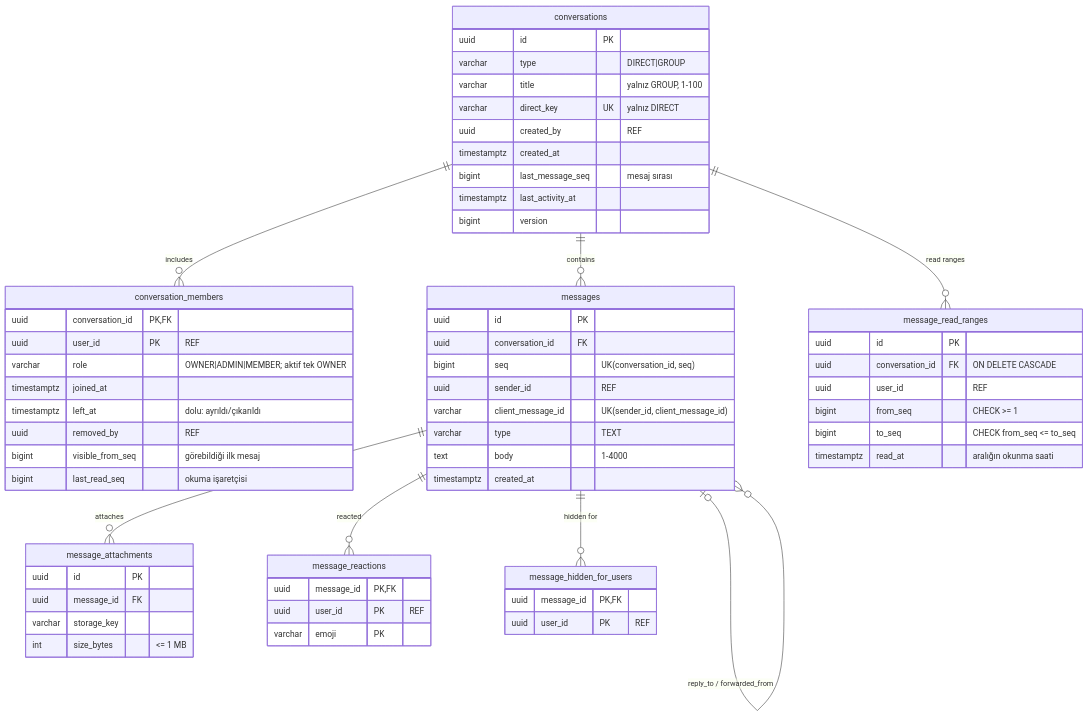
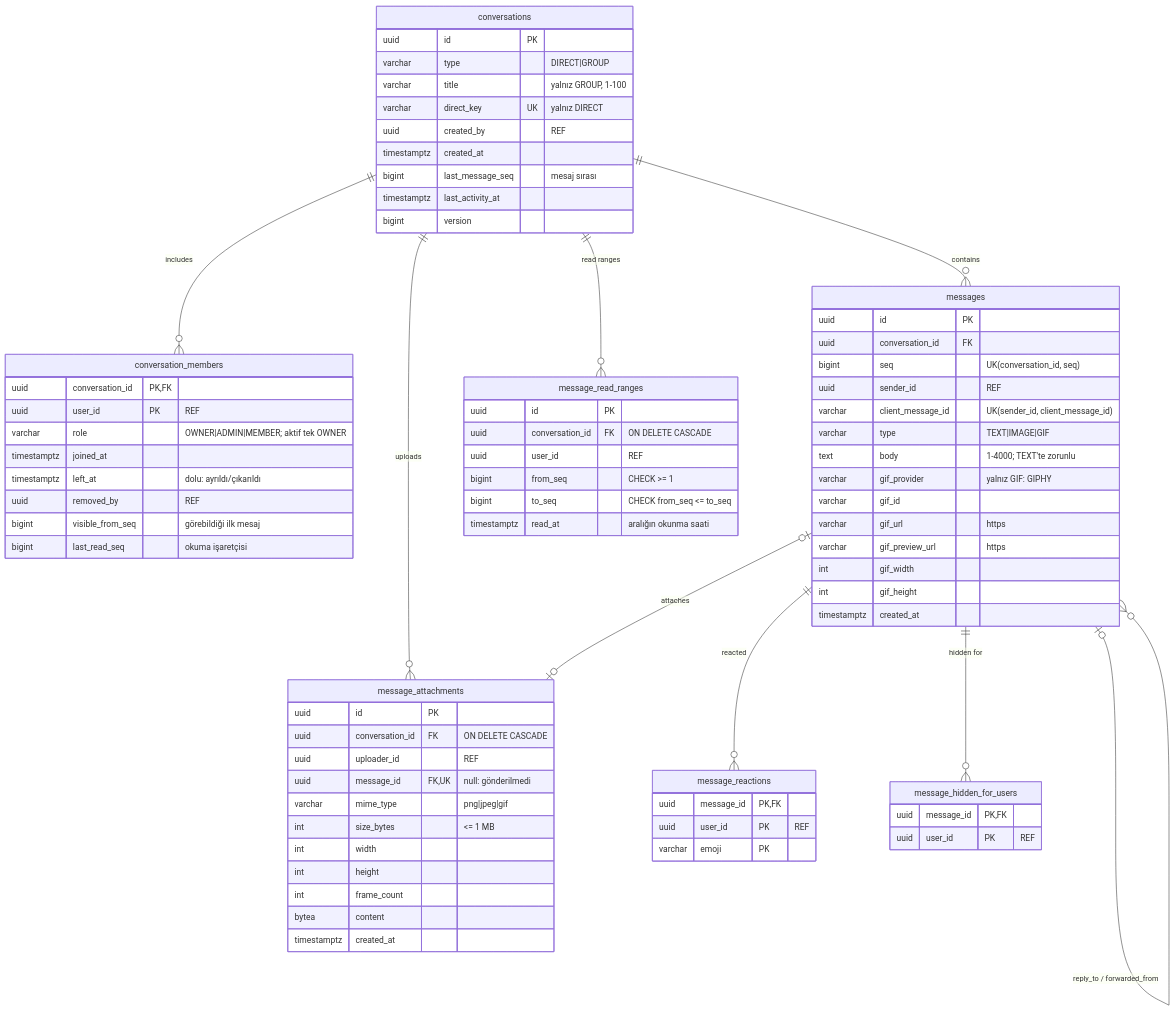
One commit to alperrte/lobbytwozero changed diagram 14 of 32 in docs/er-diagram.md. Above: the diagram before and after it, drawn with Mermaid. The commit also changed 74 other files, not shown here.

````diff
--- a/docs/er-diagram.md
+++ b/docs/er-diagram.md
@@ -701,65 +701,79 @@
 ```mermaid
 erDiagram
   conversations ||--o{ conversation_members : includes
   conversations ||--o{ messages : contains
   conversations ||--o{ message_read_ranges : "read ranges"
-  messages ||--o{ message_attachments : attaches
+  conversations ||--o{ message_attachments : "uploads"
+  messages |o--o| message_attachments : attaches
   messages ||--o{ message_reactions : reacted
   messages ||--o{ message_hidden_for_users : "hidden for"
   messages |o--o{ messages : "reply_to / forwarded_from"
 
   conversations {
     uuid id PK
     varchar type "DIRECT|GROUP"
     varchar title "yalnız GROUP, 1-100"
     varchar direct_key UK "yalnız DIRECT"
     uuid created_by "REF"
     timestamptz created_at
     bigint last_message_seq "mesaj sırası"
     timestamptz last_activity_at
     bigint version
   }
   conversation_members {
     uuid conversation_id PK,FK
     uuid user_id PK "REF"
     varchar role "OWNER|ADMIN|MEMBER; aktif tek OWNER"
     timestamptz joined_at
     timestamptz left_at "dolu: ayrıldı/çıkarıldı"
     uuid removed_by "REF"
     bigint visible_from_seq "görebildiği ilk mesaj"
     bigint last_read_seq "okuma işaretçisi"
   }
   messages {
     uuid id PK
     uuid conversation_id FK
     bigint seq "UK(conversation_id, seq)"
     uuid sender_id "REF"
     varchar client_message_id "UK(sender_id, client_message_id)"
-    varchar type "TEXT"
-    text body "1-4000"
+    varchar type "TEXT|IMAGE|GIF"
+    text body "1-4000; TEXT'te zorunlu"
+    varchar gif_provider "yalnız GIF: GIPHY"
+    varchar gif_id
+    varchar gif_url "https"
+    varchar gif_preview_url "https"
+    int gif_width
+    int gif_height
     timestamptz created_at
   }
   message_attachments {
     uuid id PK
-    uuid message_id FK
-    varchar storage_key
+    uuid conversation_id FK "ON DELETE CASCADE"
+    uuid uploader_id "REF"
+    uuid message_id FK,UK "null: gönderilmedi"
+    varchar mime_type "png|jpeg|gif"
     int size_bytes "<= 1 MB"
+    int width
+    int height
+    int frame_count
+    bytea content
+    timestamptz created_at
   }
   message_reactions {
     uuid message_id PK,FK
     uuid user_id PK "REF"
     varchar emoji PK
   }
   message_read_ranges {
     uuid id PK
     uuid conversation_id FK "ON DELETE CASCADE"
     uuid user_id "REF"
     bigint from_seq "CHECK >= 1"
     bigint to_seq "CHECK from_seq <= to_seq"
     timestamptz read_at "aralığın okunma saati"
   }
   message_hidden_for_users {
     uuid message_id PK,FK
     uuid user_id PK "REF"
   }
 ```
````
